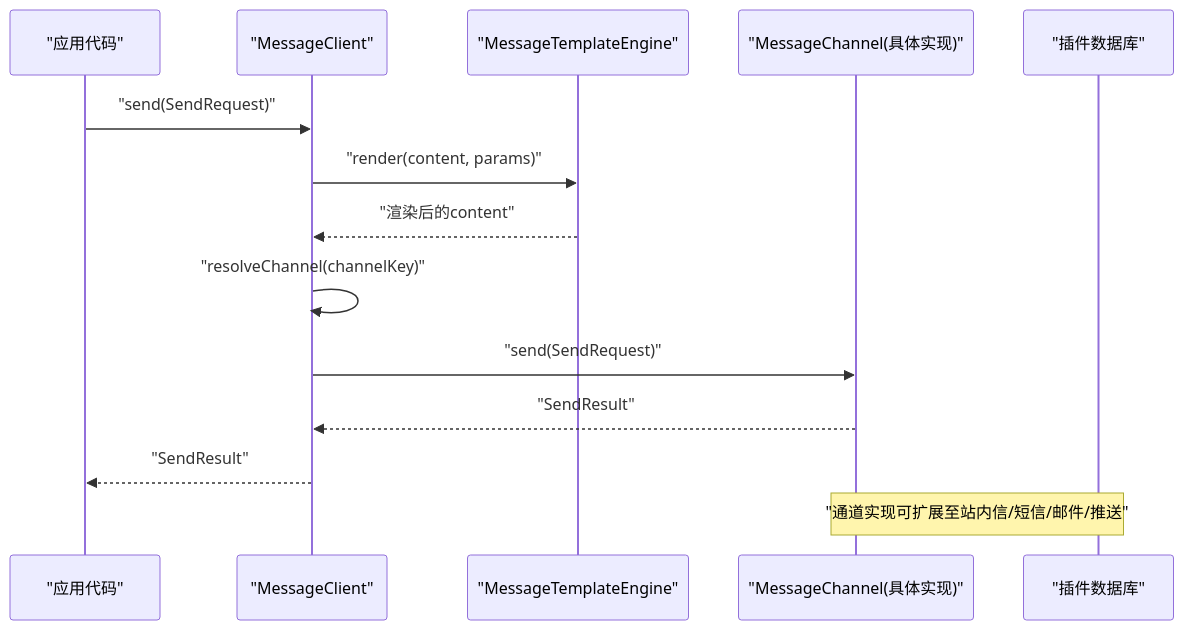
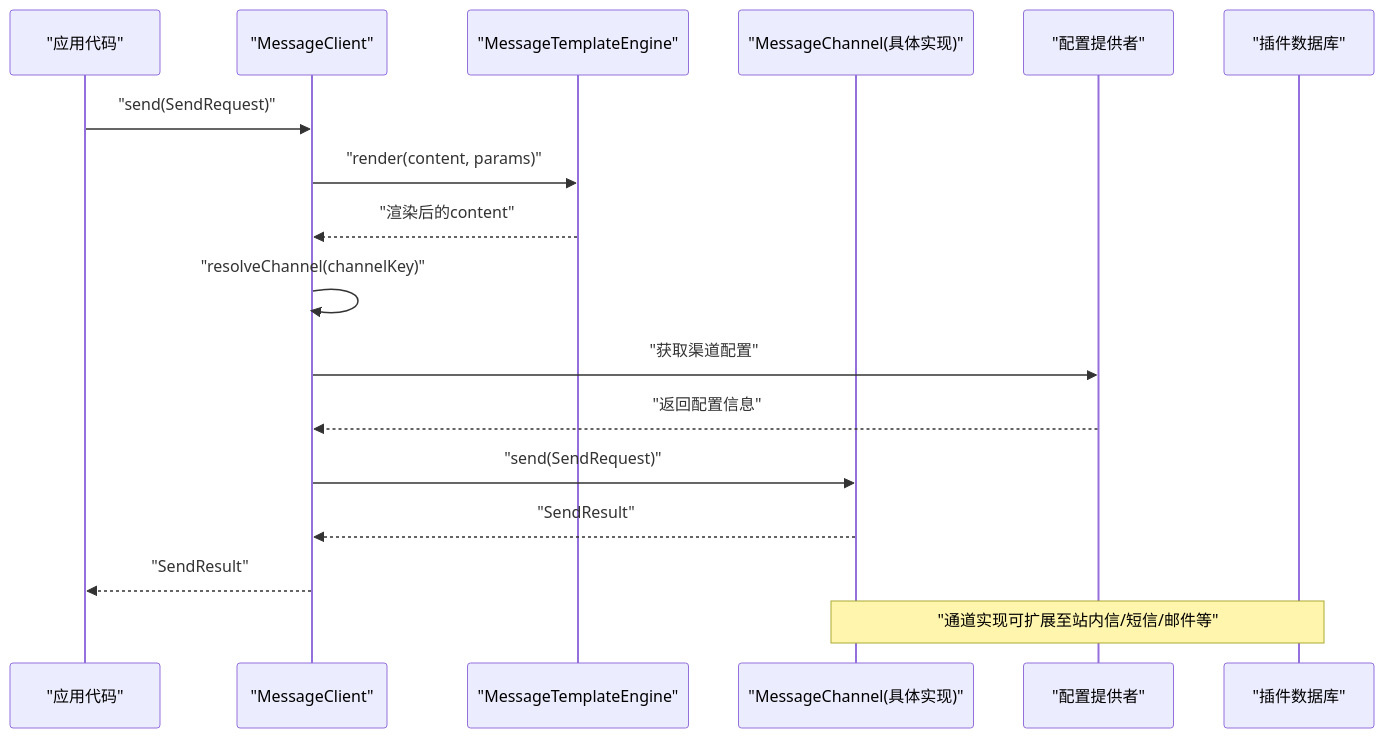
The second of 7 diagrams in .qoder/repowiki/zh/content/后端框架详解/专用功能模块/消息通知模块.md (yaomindong1996/forge-admin), drawn with Mermaid before and after one commit. The commit also changed other lines of this file and 57 other files, not shown here.

````diff
--- a/.qoder/repowiki/zh/content/后端框架详解/专用功能模块/消息通知模块.md
+++ b/.qoder/repowiki/zh/content/后端框架详解/专用功能模块/消息通知模块.md
@@ -96,16 +139,19 @@
 ```mermaid
 sequenceDiagram
 participant App as "应用代码"
 participant Client as "MessageClient"
 participant Engine as "MessageTemplateEngine"
 participant Channel as "MessageChannel(具体实现)"
+participant Config as "配置提供者"
 participant DB as "插件数据库"
 App->>Client : "send(SendRequest)"
 Client->>Engine : "render(content, params)"
 Engine-->>Client : "渲染后的content"
 Client->>Client : "resolveChannel(channelKey)"
+Client->>Config : "获取渠道配置"
+Config-->>Client : "返回配置信息"
 Client->>Channel : "send(SendRequest)"
 Channel-->>Client : "SendResult"
 Client-->>App : "SendResult"
-Note over Channel,DB : "通道实现可扩展至站内信/短信/邮件/推送"
+Note over Channel,DB : "通道实现可扩展至站内信/短信/邮件等"
 ```
````
